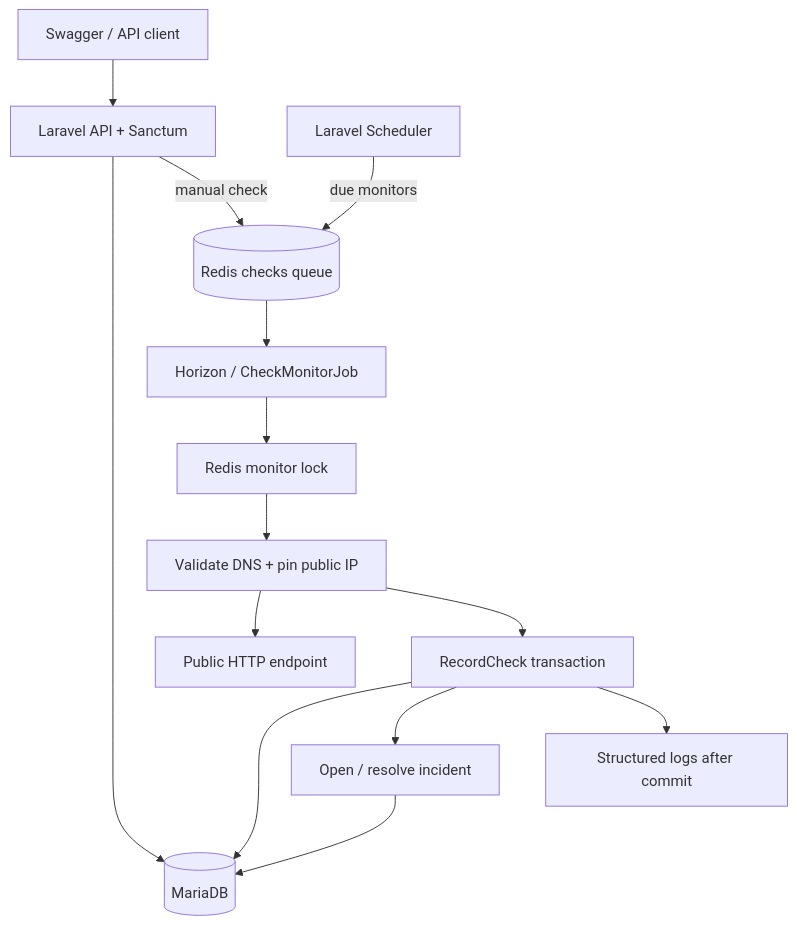
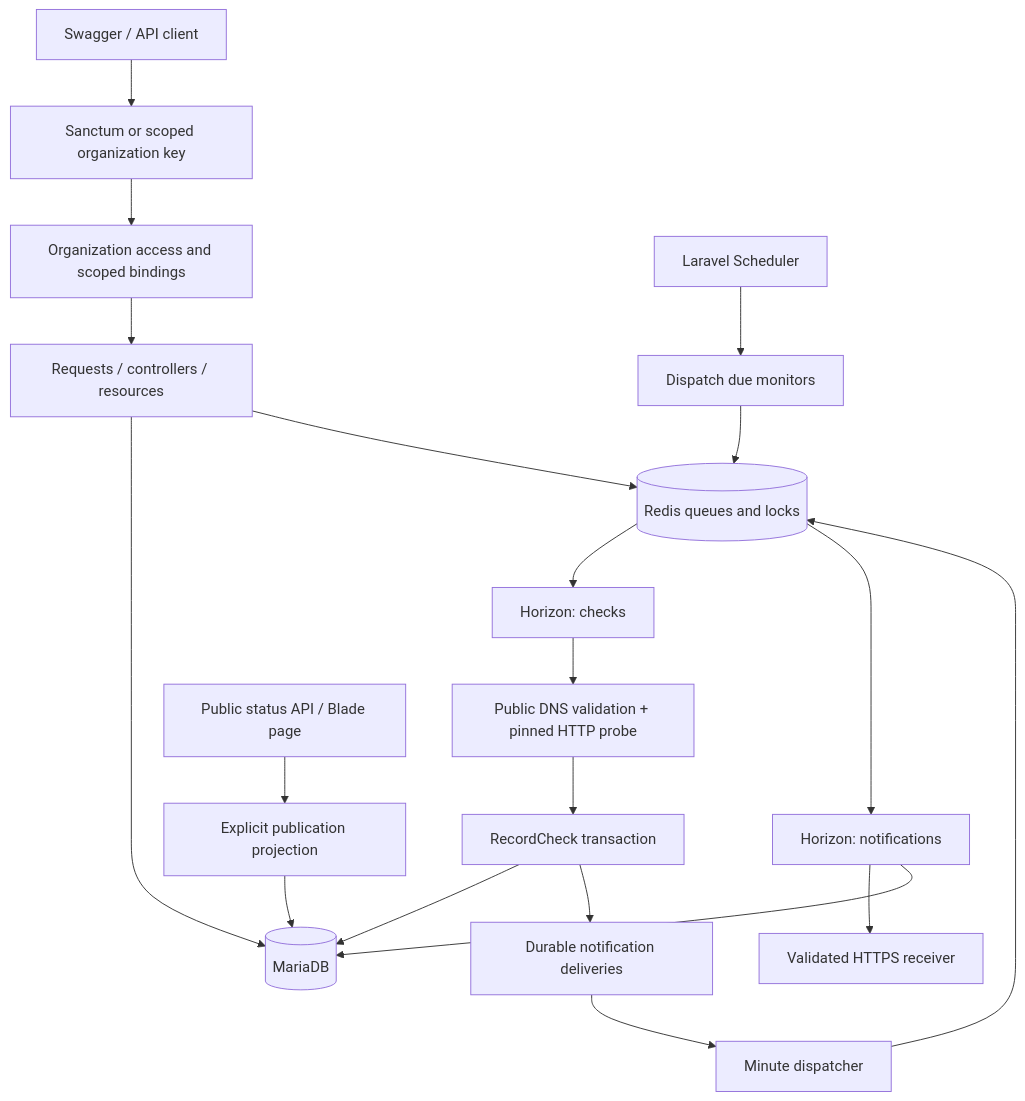
The first of 2 diagrams in README.md (EduardoCaversan/sentinel), drawn with Mermaid before and after one commit. The commit also changed other lines of this file and 108 other files, not shown here.

````diff
--- a/README.md
+++ b/README.md
@@ -48,16 +88,22 @@
-```mermaid
+~~~mermaid
 flowchart TD
-    Client[Swagger / API client] --> API[Laravel API + Sanctum]
+    Client[Swagger / API client] --> Auth[Sanctum or scoped organization key]
+    Auth --> Boundary[Organization access and scoped bindings]
+    Boundary --> API[Requests / controllers / resources]
     API --> DB[(MariaDB)]
-    API -->|manual check| Queue[(Redis checks queue)]
-    Scheduler[Laravel Scheduler] -->|due monitors| Queue
-    Queue --> Worker[Horizon / CheckMonitorJob]
-    Worker --> Lock[Redis monitor lock]
-    Lock --> Probe[Validate DNS + pin public IP]
-    Probe --> Target[Public HTTP endpoint]
+    API --> Queue[(Redis queues and locks)]
+    Scheduler[Laravel Scheduler] --> Dispatch[Dispatch due monitors]
+    Dispatch --> Queue
+    Queue --> Worker[Horizon: checks]
+    Worker --> Probe[Public DNS validation + pinned HTTP probe]
     Probe --> Record[RecordCheck transaction]
     Record --> DB
-    Record --> Incident[Open / resolve incident]
-    Incident --> DB
-    Record --> Logs[Structured logs after commit]
-```
+    Record --> Outbox[Durable notification deliveries]
+    Outbox --> NotificationDispatcher[Minute dispatcher]
+    NotificationDispatcher --> Queue
+    Queue --> Delivery[Horizon: notifications]
+    Delivery --> Receiver[Validated HTTPS receiver]
+    Delivery --> DB
+    Public[Public status API / Blade page] --> Published[Explicit publication projection]
+    Published --> DB
+~~~
````
